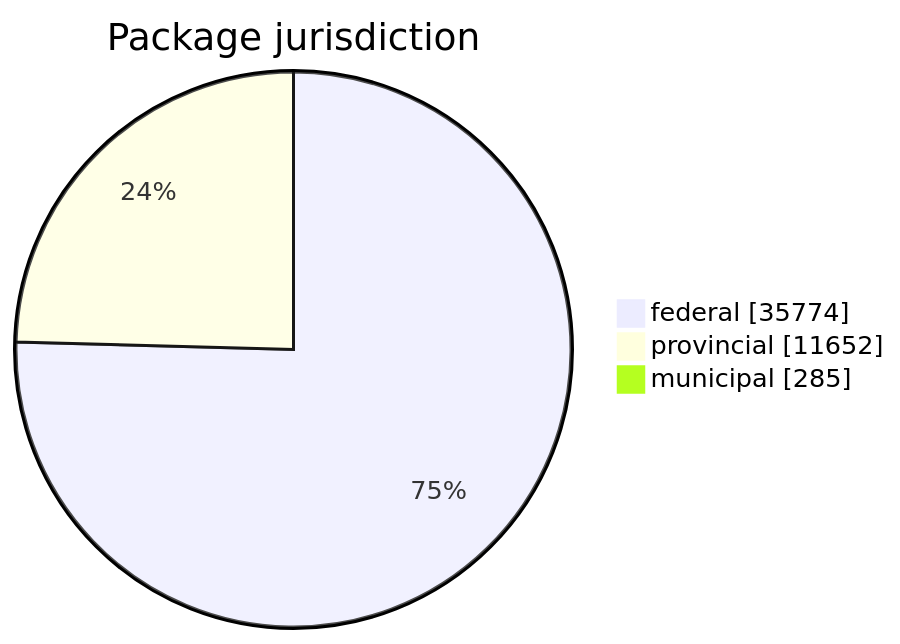
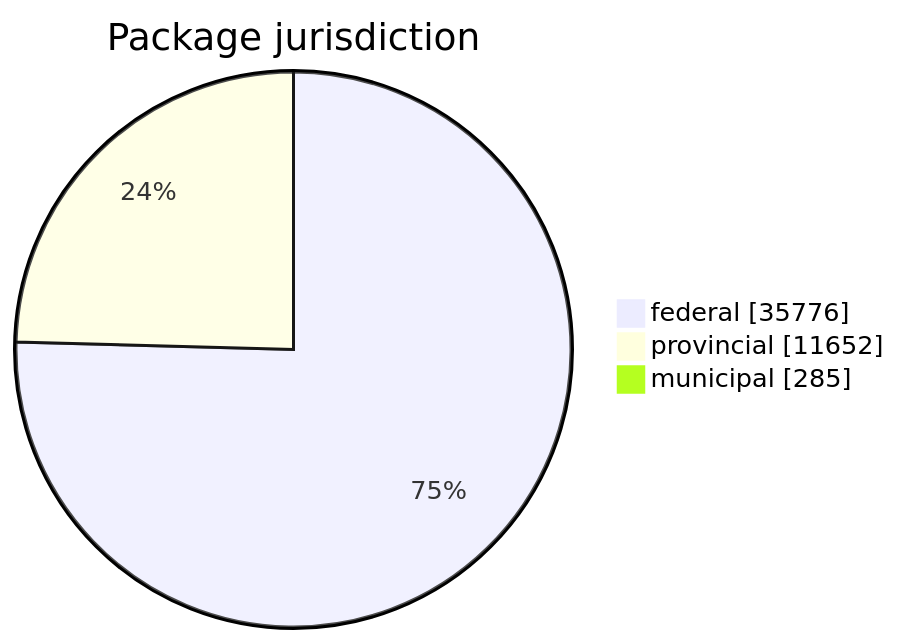
One commit to open-data/analytics-corporate-reporting changed the first of 5 diagrams in FreshCheck/README.md. Above: the diagram before and after it, drawn with Mermaid. The commit also changed other lines of this file and 3 other files, not shown here.

````diff
--- a/FreshCheck/README.md
+++ b/FreshCheck/README.md
@@ -60,6 +60,6 @@
 ```mermaid
 pie showData title Package jurisdiction
-    "federal": 35774
+    "federal": 35776
     "provincial": 11652
     "municipal": 285
 ```
````
